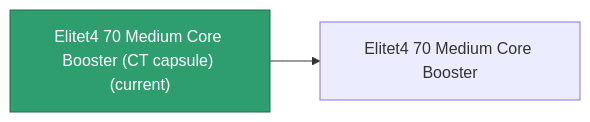
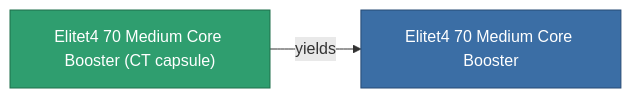
One commit to OpenPerpetuum/Wiki changed the diagram in content/content/items/elitet4_70_medium_core_booster_CT_capsule.md. Above: the diagram before and after it, drawn with Mermaid. The commit also changed other lines of this file and 2015 other files, not shown here.

````diff
--- a/content/content/items/elitet4_70_medium_core_booster_CT_capsule.md
+++ b/content/content/items/elitet4_70_medium_core_booster_CT_capsule.md
@@ -33,8 +33,9 @@
 ```mermaid
 graph LR
-    a["Elitet4 70 Medium Core Booster (CT capsule) (current)"]:::current
-    b["Elitet4 70 Medium Core Booster"]
-    a --> b
-    click b "/content/items/elitet4-70-medium-core-booster/" "Elitet4 70 Medium Core Booster"
+    a["Elitet4 70 Medium Core Booster (CT capsule)"]:::current
+    b["Elitet4 70 Medium Core Booster"]:::finished
+    a -->|yields| b
+                click b "/content/items/elitet4-70-medium-core-booster/" "Elitet4 70 Medium Core Booster"
     classDef current fill:#2f9e6f,stroke:#1f6f4a,color:#ffffff
+    classDef finished fill:#3b6ea5,stroke:#274a75,color:#ffffff
 ```
````
